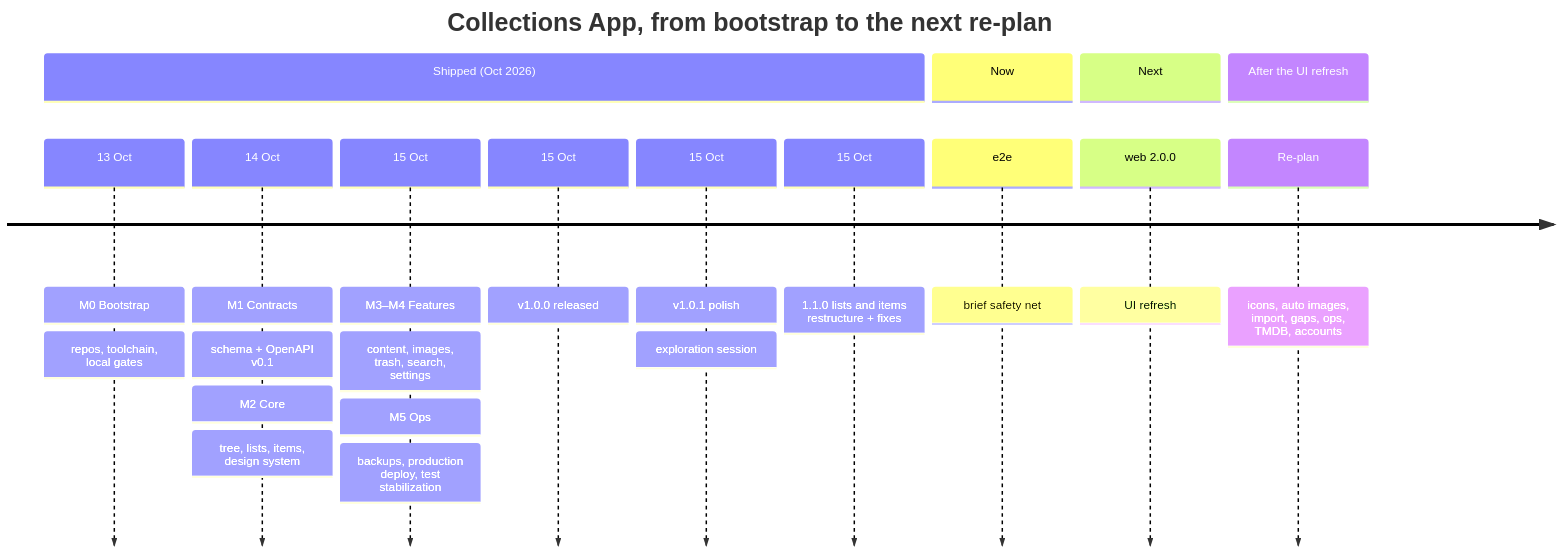
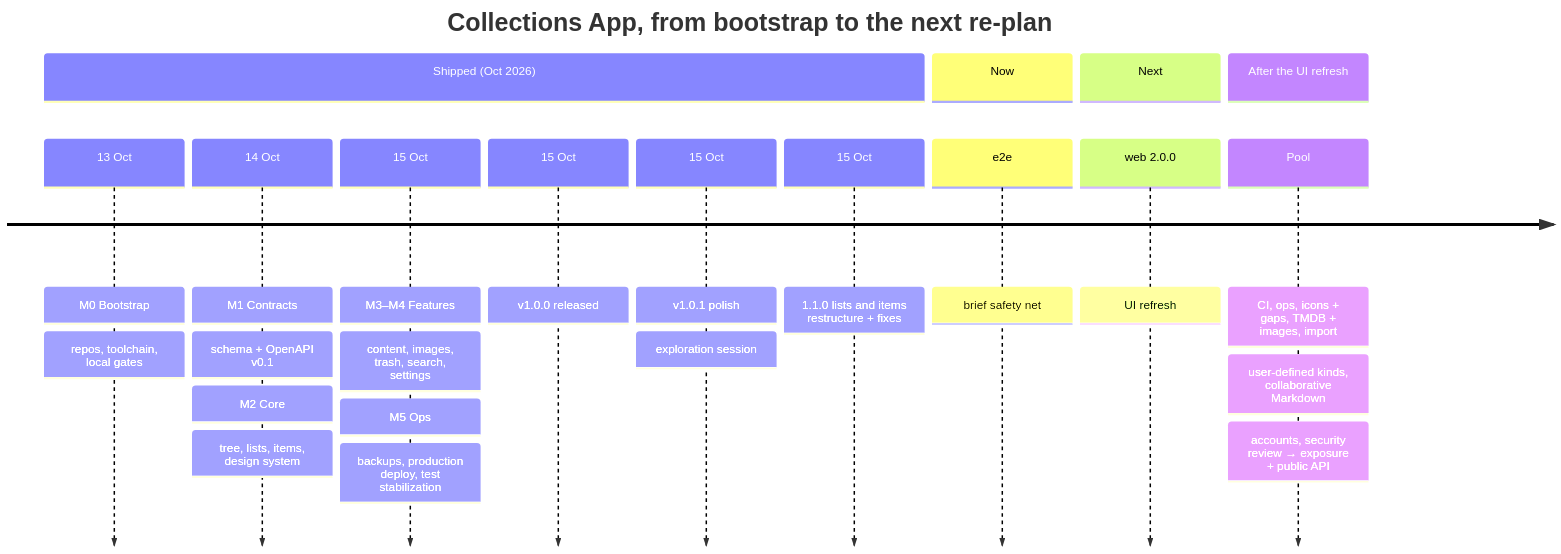
Before and after one commit to 0xfederama/collections-app: the first of 2 diagrams in ROADMAP.md, drawn with Mermaid. The commit also changed other lines of this file, not shown here.

Commit message:
docs(roadmap): pool re-shaped with proposed order; security review gates exposure and public API

````diff
--- a/ROADMAP.md
+++ b/ROADMAP.md
@@ -42,20 +43,22 @@
 ```mermaid
 timeline
     title Collections App, from bootstrap to the next re-plan
     section Shipped (Oct 2026)
         13 Oct : M0 Bootstrap : repos, toolchain, local gates
         14 Oct : M1 Contracts : schema + OpenAPI v0.1
                : M2 Core : tree, lists, items, design system
         15 Oct : M3–M4 Features : content, images, trash, search, settings
                : M5 Ops : backups, production deploy, test stabilization
         15 Oct : v1.0.0 released
         15 Oct : v1.0.1 polish
                : exploration session
         15 Oct : 1.1.0 lists and items restructure + fixes
     section Now
         e2e : brief safety net
     section Next
         web 2.0.0 : UI refresh
     section After the UI refresh
-        Re-plan : icons, auto images, import, gaps, ops, TMDB, accounts
+        Pool : CI, ops, icons + gaps, TMDB + images, import
+             : user-defined kinds, collaborative Markdown
+             : accounts, security review → exposure + public API
 ```
````
